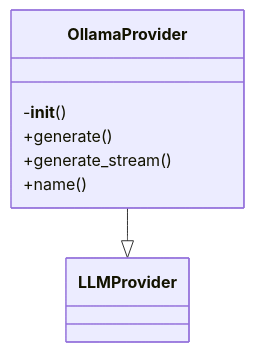
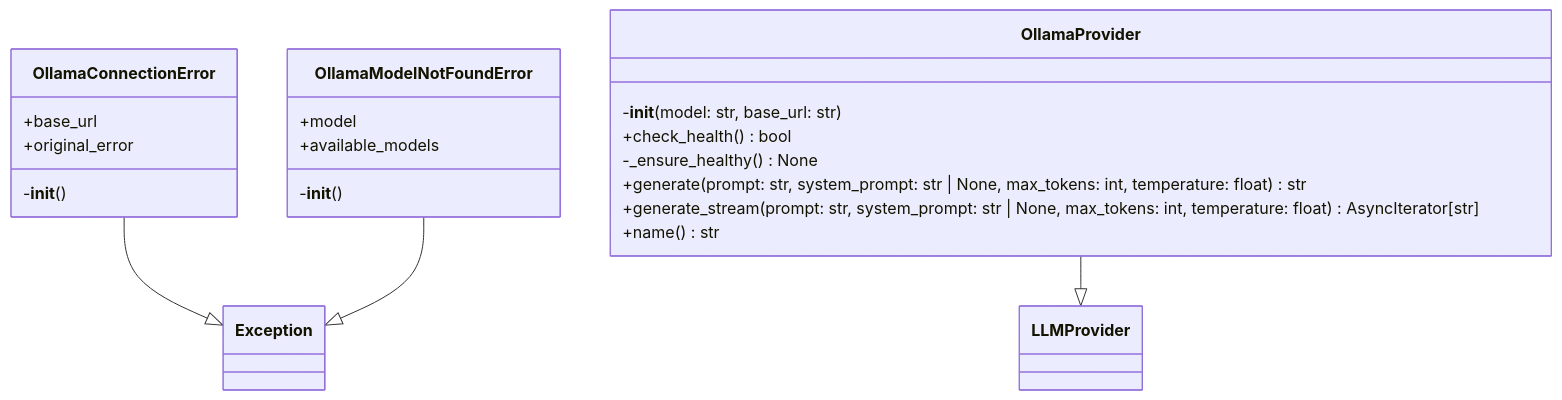
The first of 2 diagrams in .deepwiki/files/src/local_deepwiki/providers/llm/ollama.md (UrbanDiver/local-deepwiki-mcp), drawn with Mermaid before and after one commit. The commit also changed other lines of this file and 75 other files, not shown here.

````diff
--- a/.deepwiki/files/src/local_deepwiki/providers/llm/ollama.md
+++ b/.deepwiki/files/src/local_deepwiki/providers/llm/ollama.md
@@ -94,10 +215,24 @@
 ```mermaid
 classDiagram
+    class OllamaConnectionError {
+        +base_url
+        +original_error
+        -__init__()
+    }
+    class OllamaModelNotFoundError {
+        +model
+        +available_models
+        -__init__()
+    }
     class OllamaProvider {
-        -__init__()
-        +generate()
-        +generate_stream()
-        +name()
+        -__init__(model: str, base_url: str)
+        +check_health() bool
+        -_ensure_healthy() None
+        +generate(prompt: str, system_prompt: str | None, max_tokens: int, temperature: float) str
+        +generate_stream(prompt: str, system_prompt: str | None, max_tokens: int, temperature: float) AsyncIterator[str]
+        +name() str
     }
+    OllamaConnectionError --|> Exception
+    OllamaModelNotFoundError --|> Exception
     OllamaProvider --|> LLMProvider
 ```
````
